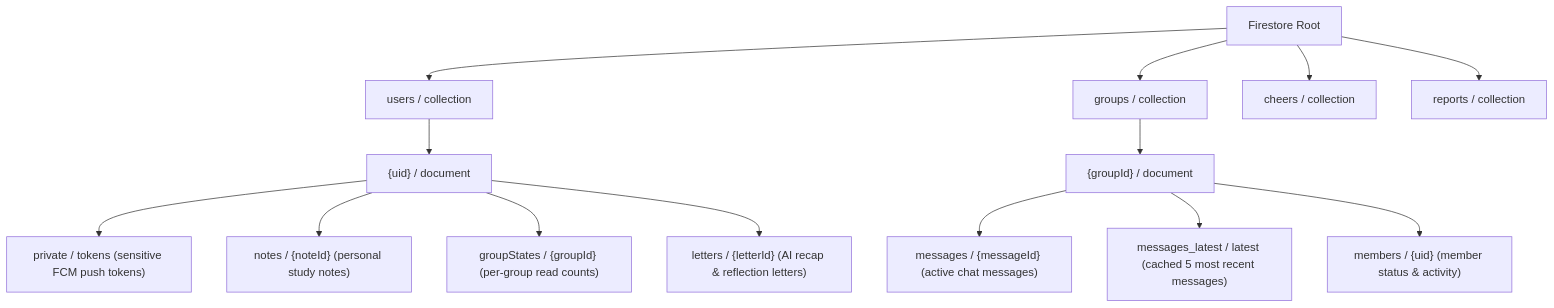
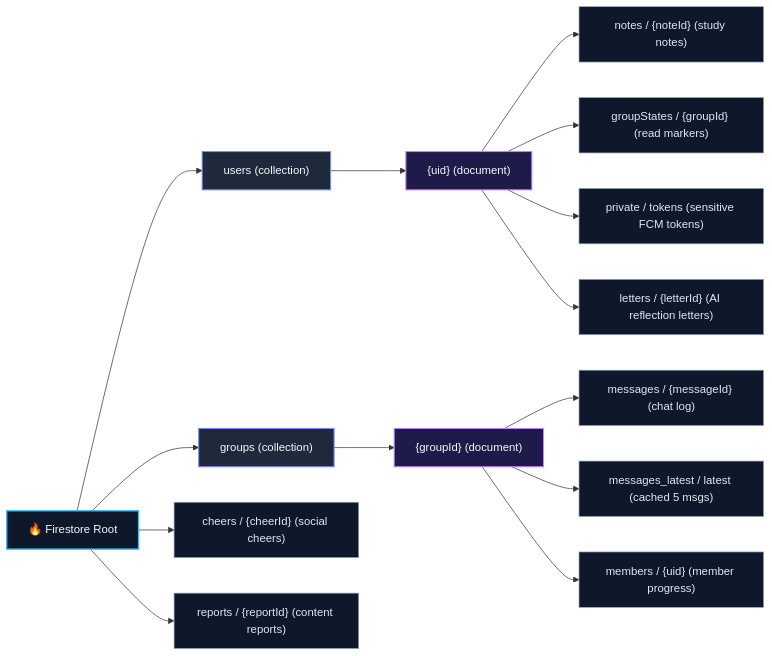
The second of 2 diagrams in docs/database-security.md (ScriptureHabit/scripture-habit), drawn with Mermaid before and after one commit. The commit also changed other lines of this file and 1 other file, not shown here.

Commit message:
docs: convert hierarchy path diagram into readable horizontal tree

````diff
--- a/docs/database-security.md
+++ b/docs/database-security.md
@@ -93,21 +95,25 @@
 ```mermaid
-graph TD
-    Root["Firestore Root"]
+flowchart LR
+    classDef root fill:#0f172a,stroke:#38bdf8,stroke-width:2px,color:#f8fafc;
+    classDef col fill:#1e293b,stroke:#818cf8,stroke-width:1.5px,color:#f8fafc;
+    classDef doc fill:#1e1b4b,stroke:#c084fc,stroke-width:1.5px,color:#f8fafc;
+    classDef sub fill:#0f172a,stroke:#94a3b8,stroke-width:1px,color:#e2e8f0;
 
-    Root --> Users["users / collection"]
-    Root --> Groups["groups / collection"]
-    Root --> Cheers["cheers / collection"]
-    Root --> Reports["reports / collection"]
+    Root["🔥 Firestore Root"]:::root
 
-    Users --> UserDoc["{uid} / document"]
-    Groups --> GroupDoc["{groupId} / document"]
+    Root --> UsersCol["users (collection)"]:::col
+    UsersCol --> UserDoc["{uid} (document)"]:::doc
+    UserDoc --> Notes["notes / {noteId} (study notes)"]:::sub
+    UserDoc --> GroupStates["groupStates / {groupId} (read markers)"]:::sub
+    UserDoc --> Private["private / tokens (sensitive FCM tokens)"]:::sub
+    UserDoc --> Letters["letters / {letterId} (AI reflection letters)"]:::sub
 
-    UserDoc --> Private["private / tokens (sensitive FCM push tokens)"]
-    UserDoc --> Notes["notes / {noteId} (personal study notes)"]
-    UserDoc --> GroupStates["groupStates / {groupId} (per-group read counts)"]
-    UserDoc --> Letters["letters / {letterId} (AI recap & reflection letters)"]
+    Root --> GroupsCol["groups (collection)"]:::col
+    GroupsCol --> GroupDoc["{groupId} (document)"]:::doc
+    GroupDoc --> Messages["messages / {messageId} (chat log)"]:::sub
+    GroupDoc --> MessagesLatest["messages_latest / latest (cached 5 msgs)"]:::sub
+    GroupDoc --> Members["members / {uid} (member progress)"]:::sub
 
-    GroupDoc --> Messages["messages / {messageId} (active chat messages)"]
-    GroupDoc --> MessagesLatest["messages_latest / latest (cached 5 most recent messages)"]
-    GroupDoc --> Members["members / {uid} (member status & activity)"]
+    Root --> CheersCol["cheers / {cheerId} (social cheers)"]:::sub
+    Root --> ReportsCol["reports / {reportId} (content reports)"]:::sub
 ```
````
